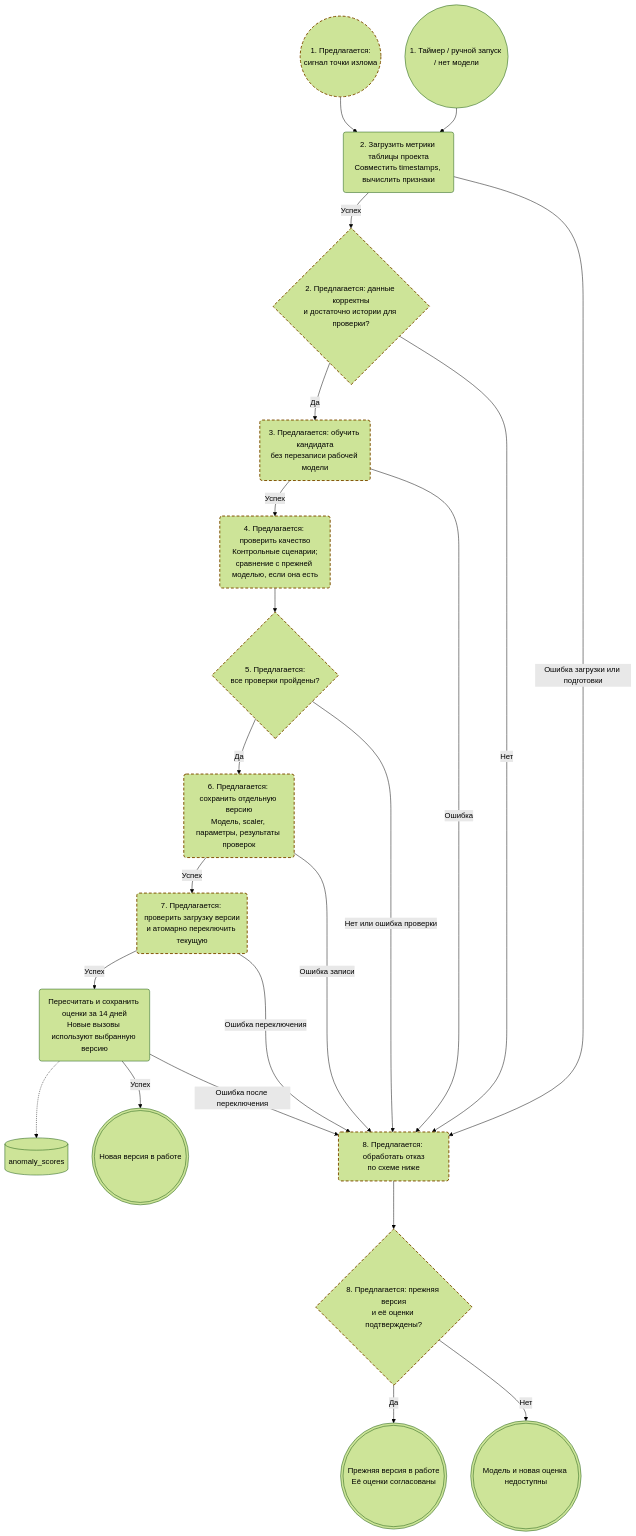
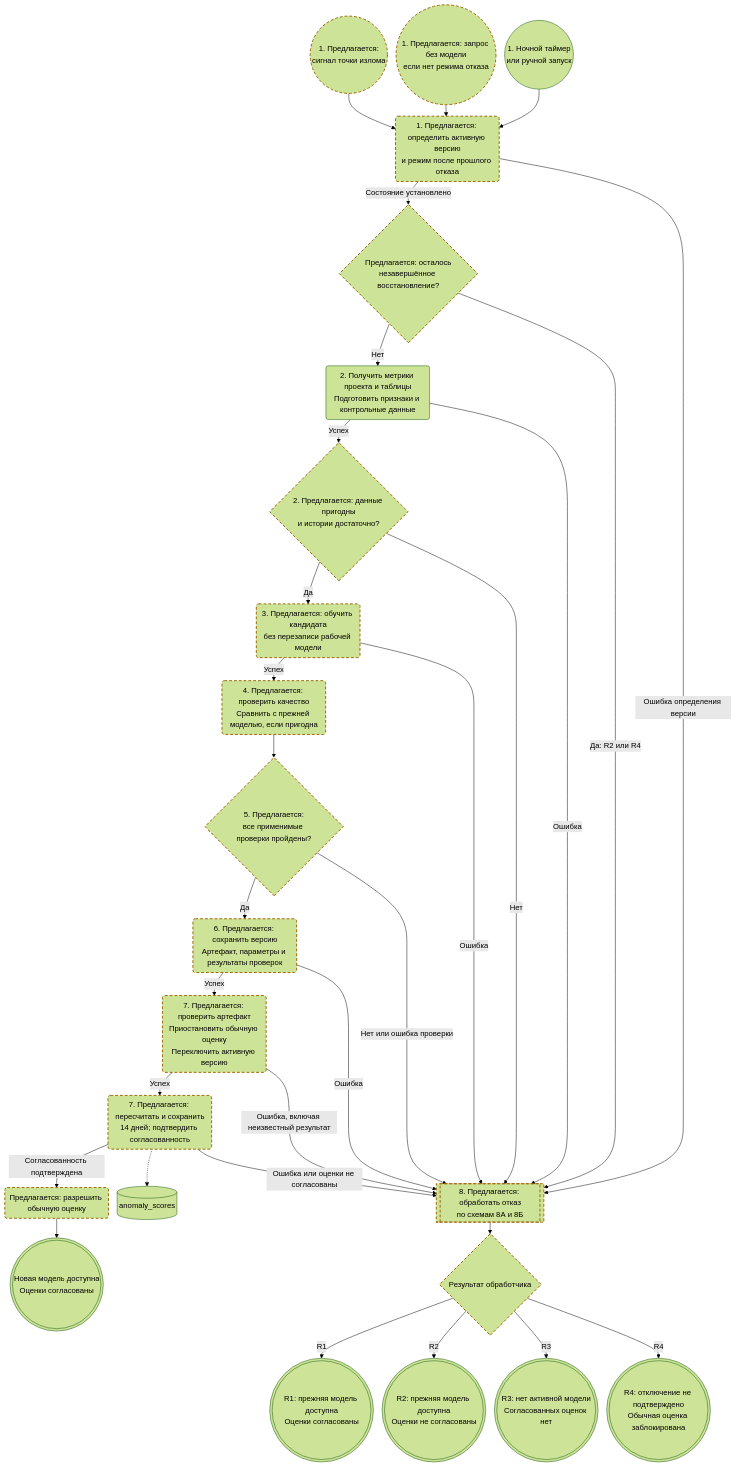
The second of 4 diagrams in docs/Model_retrain_BPMN.md (ksdergach/db-monitoring-production-standards), drawn with Mermaid (forest theme) before and after one commit. The commit also changed other lines of this file, not shown here.

Commit message:
docs: уточнить состояния модели и оценок по ревью #68

````diff
--- a/docs/Model_retrain_BPMN.md
+++ b/docs/Model_retrain_BPMN.md
@@ -92,42 +119,57 @@
 ```mermaid
+%%{init: {'flowchart': {'nodeSpacing': 18, 'rankSpacing': 24, 'padding': 8}}}%%
 flowchart TB
-    start(("1. Таймер / ручной запуск / нет модели"))
+    start(("1. Ночной таймер<br/>или ручной запуск"))
+    first(("1. Предлагается: запрос без модели<br/>если нет режима отказа"))
     change(("1. Предлагается:<br/>сигнал точки излома"))
-    data("2. Загрузить метрики таблицы проекта<br/>Совместить timestamps, вычислить признаки")
-    valid{"2. Предлагается: данные корректны<br/>и достаточно истории для проверки?"}
+    inspect("1. Предлагается: определить активную версию<br/>и режим после прошлого отказа")
+    pending{"Предлагается: осталось<br/>незавершённое восстановление?"}
+    data("2. Получить метрики проекта и таблицы<br/>Подготовить признаки и контрольные данные")
+    valid{"2. Предлагается: данные пригодны<br/>и истории достаточно?"}
     fit("3. Предлагается: обучить кандидата<br/>без перезаписи рабочей модели")
-    quality("4. Предлагается: проверить качество<br/>Контрольные сценарии;<br/>сравнение с прежней моделью, если она есть")
-    approve{"5. Предлагается:<br/>все проверки пройдены?"}
-    register("6. Предлагается: сохранить отдельную версию<br/>Модель, scaler, параметры, результаты проверок")
-    deploy("7. Предлагается: проверить загрузку версии<br/>и атомарно переключить текущую")
-    score("Пересчитать и сохранить оценки за 14 дней<br/>Новые вызовы используют выбранную версию")
+    quality("4. Предлагается: проверить качество<br/>Сравнить с прежней моделью, если пригодна")
+    approve{"5. Предлагается:<br/>все применимые проверки пройдены?"}
+    register("6. Предлагается: сохранить версию<br/>Артефакт, параметры и результаты проверок")
+    deploy("7. Предлагается: проверить артефакт<br/>Приостановить обычную оценку<br/>Переключить активную версию")
+    score("7. Предлагается: пересчитать и сохранить<br/>14 дней; подтвердить согласованность")
+    resume("Предлагается: разрешить обычную оценку")
     scores[("anomaly_scores")]
-    end_ok((("Новая версия в работе")))
-    failure("8. Предлагается: обработать отказ<br/>по схеме ниже")
-    recovered{"8. Предлагается: прежняя версия<br/>и её оценки подтверждены?"}
-    end_previous((("Прежняя версия в работе<br/>Её оценки согласованы")))
-    end_unavailable((("Модель и новая оценка недоступны")))
+    end_ok((("Новая модель доступна<br/>Оценки согласованы")))
+    failure[["8. Предлагается: обработать отказ<br/>по схемам 8А и 8Б"]]
+    outcome{"Результат обработчика"}
+    r1((("R1: прежняя модель доступна<br/>Оценки согласованы")))
+    r2((("R2: прежняя модель доступна<br/>Оценки не согласованы")))
+    r3((("R3: нет активной модели<br/>Согласованных оценок нет")))
+    r4((("R4: отключение не подтверждено<br/>Обычная оценка заблокирована")))
 
-    start --> data
-    change --> data
+    start --> inspect
+    first --> inspect
+    change --> inspect
+    inspect -->|Состояние установлено| pending
+    inspect -->|Ошибка определения версии| failure
+    pending -->|Да: R2 или R4| failure
+    pending -->|Нет| data
     data -->|Успех| valid
-    data -->|Ошибка загрузки или подготовки| failure
+    data -->|Ошибка| failure
     valid -->|Да| fit
     valid -->|Нет| failure
     fit -->|Успех| quality --> approve
     fit -->|Ошибка| failure
     approve -->|Нет или ошибка проверки| failure
     approve -->|Да| register
     register -->|Успех| deploy
-    register -->|Ошибка записи| failure
-    deploy -->|Успех| score -->|Успех| end_ok
-    deploy -->|Ошибка переключения| failure
-    score -->|Ошибка после переключения| failure
-    failure --> recovered
-    recovered -->|Да| end_previous
-    recovered -->|Нет| end_unavailable
+    register -->|Ошибка| failure
+    deploy -->|Успех| score
+    deploy -->|Ошибка, включая неизвестный результат| failure
+    score -->|Согласованность подтверждена| resume --> end_ok
+    score -->|Ошибка или оценки не согласованы| failure
     score -.-> scores
+    failure --> outcome
+    outcome -->|R1| r1
+    outcome -->|R2| r2
+    outcome -->|R3| r3
+    outcome -->|R4| r4
 
-    classDef proposed stroke:#805000,stroke-width:2px,stroke-dasharray:6 4;
-    class change,valid,fit,quality,approve,register,deploy,failure,recovered proposed;
+    classDef proposed stroke:#9a6700,stroke-width:2px,stroke-dasharray:6 4;
+    class first,change,inspect,pending,valid,fit,quality,approve,register,deploy,score,resume,failure,outcome proposed;
 ```
````
